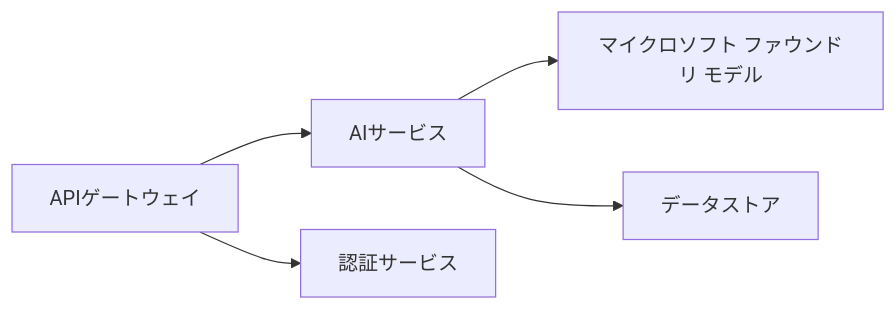
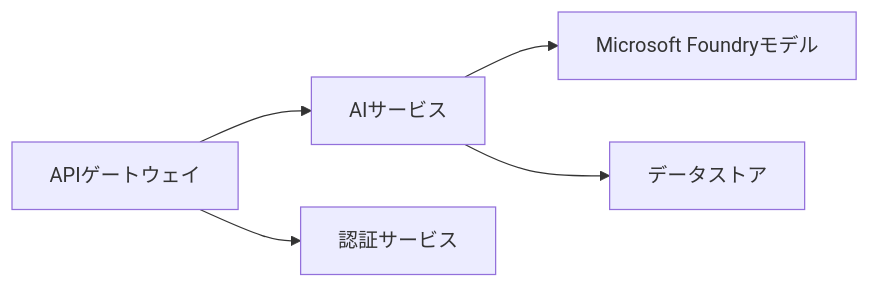
The first of 2 diagrams in translations/ja/docs/chapter-08-production/README.md (microsoft/AZD-for-beginners), drawn with Mermaid before and after one commit. The commit also changed other lines of this file and 3 other files, not shown here.

````diff
--- a/translations/ja/docs/chapter-08-production/README.md
+++ b/translations/ja/docs/chapter-08-production/README.md
@@ -48,6 +48,6 @@
 ```mermaid
 graph LR
-    Gateway[APIゲートウェイ] --> AI[AIサービス] --> Models[マイクロソフト ファウンドリ モデル]
+    Gateway[APIゲートウェイ] --> AI[AIサービス] --> Models[Microsoft Foundryモデル]
     Gateway --> Auth[認証サービス]
     AI --> Data[データストア]
 ```
````
